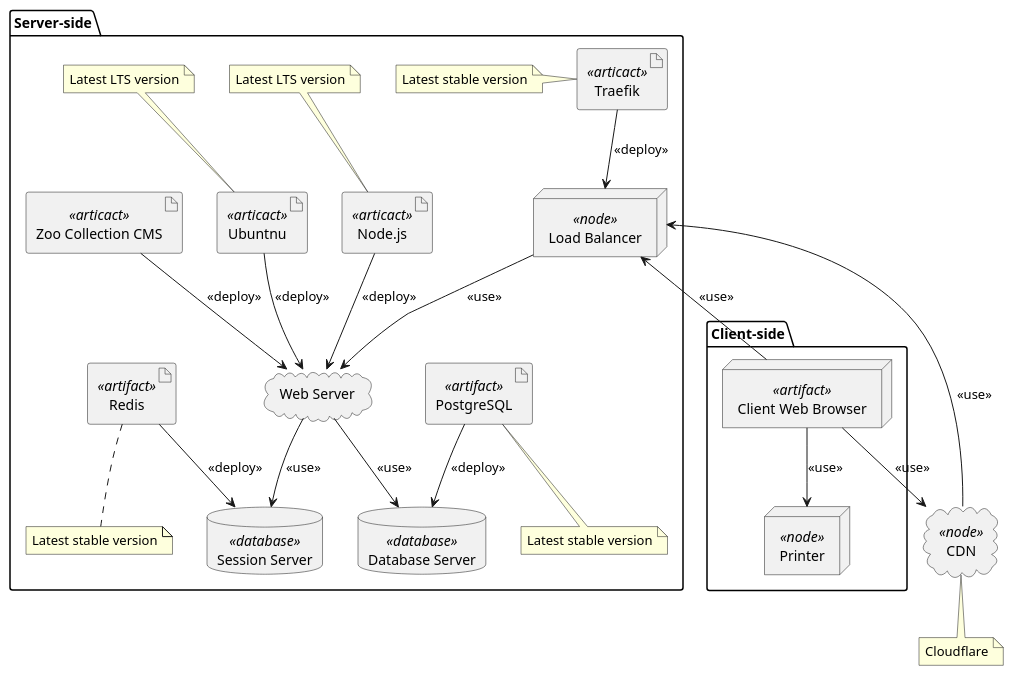
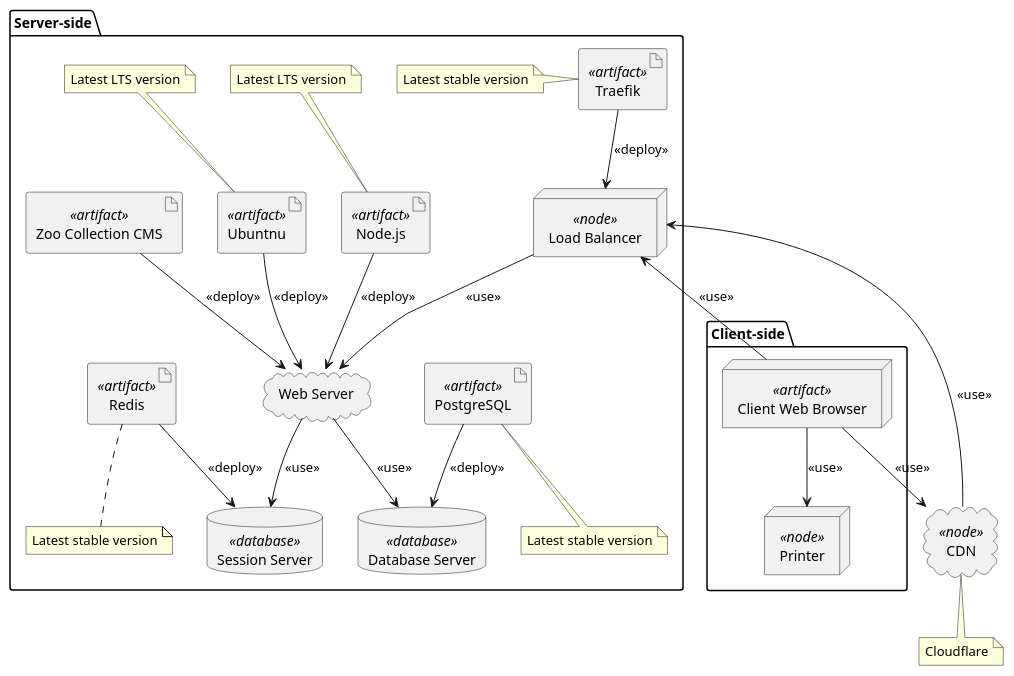
The diagram in practice5.puml (ValeryVerkhoturov/software-modeling), drawn with PlantUML before and after one commit.

```diff
--- a/practice5.puml
+++ b/practice5.puml
@@ -1,52 +1,52 @@
 @startuml
 package "Client-side" {
 	node "Client Web Browser" as client <<artifact>>
     node "Printer" as printer <<node>>
 }
 client --> printer : <<use>>
 
 
 package "Server-side" {
-	artifact "Traefik" as traefik <<articact>>
+	artifact "Traefik" as traefik <<artifact>>
     note "Latest stable version" as traefiknote
     traefik .l. traefiknote
     
     node "Load Balancer" as balancer <<node>>
-    artifact "Ubuntnu" as ubuntu <<articact>>
+    artifact "Ubuntnu" as ubuntu <<artifact>>
     note "Latest LTS version" as ubuntunote
     ubuntu .u. ubuntunote
     
     cloud "Web Server" as server
-    artifact "Zoo Collection CMS" as cms <<articact>>
-    artifact "Node.js" as nodejs <<articact>>
+    artifact "Zoo Collection CMS" as cms <<artifact>>
+    artifact "Node.js" as nodejs <<artifact>>
     note "Latest LTS version" as nodejsnote
     nodejs .u. nodejsnote
     
     database "Database Server" as dbserver <<database>>
     artifact "PostgreSQL" as postgre <<artifact>>
     note "Latest stable version" as postgrenote
     postgre .. postgrenote
     
     database "Session Server" as sessionserver <<database>>
     artifact "Redis" as redis <<artifact>>
     note "Latest stable version" as redisnote
     redis .. redisnote
 }
 cloud "CDN" as cdn <<node>>
 note "Cloudflare" as cdnnote
 cdn .. cdnnote
 
 
 traefik --> balancer : <<deploy>>
 balancer <-- client : <<use>>
 balancer --> server : <<use>>
 balancer <-- cdn : <<use>>
 client --> cdn : <<use>>
 postgre --> dbserver : <<deploy>>
 redis --> sessionserver : <<deploy>>
 server --> dbserver : <<use>>
 server --> sessionserver : <<use>>
 ubuntu --> server : <<deploy>>
 nodejs --> server : <<deploy>>
 cms --> server : <<deploy>>
 @enduml
```
